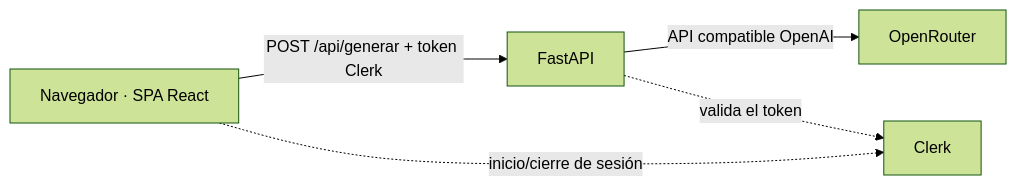
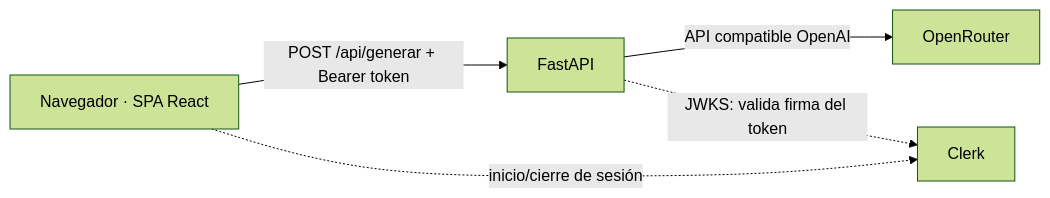
The diagram in README.md (amador-h/testia), drawn with Mermaid (forest theme) before and after one commit. The commit also changed other lines of this file, not shown here.

Commit message:
Documenta Clerk, Docker, variables por entorno e incidencias

````diff
--- a/README.md
+++ b/README.md
@@ -22,7 +27,7 @@
 ```mermaid
 flowchart LR
-  N[Navegador · SPA React] -->|POST /api/generar + token Clerk| B[FastAPI]
+  N[Navegador · SPA React] -->|POST /api/generar + Bearer token| B[FastAPI]
   B -->|API compatible OpenAI| O[OpenRouter]
   N -.->|inicio/cierre de sesión| C[Clerk]
-  B -.->|valida el token| C
+  B -.->|JWKS: valida firma del token| C
 ```
````
